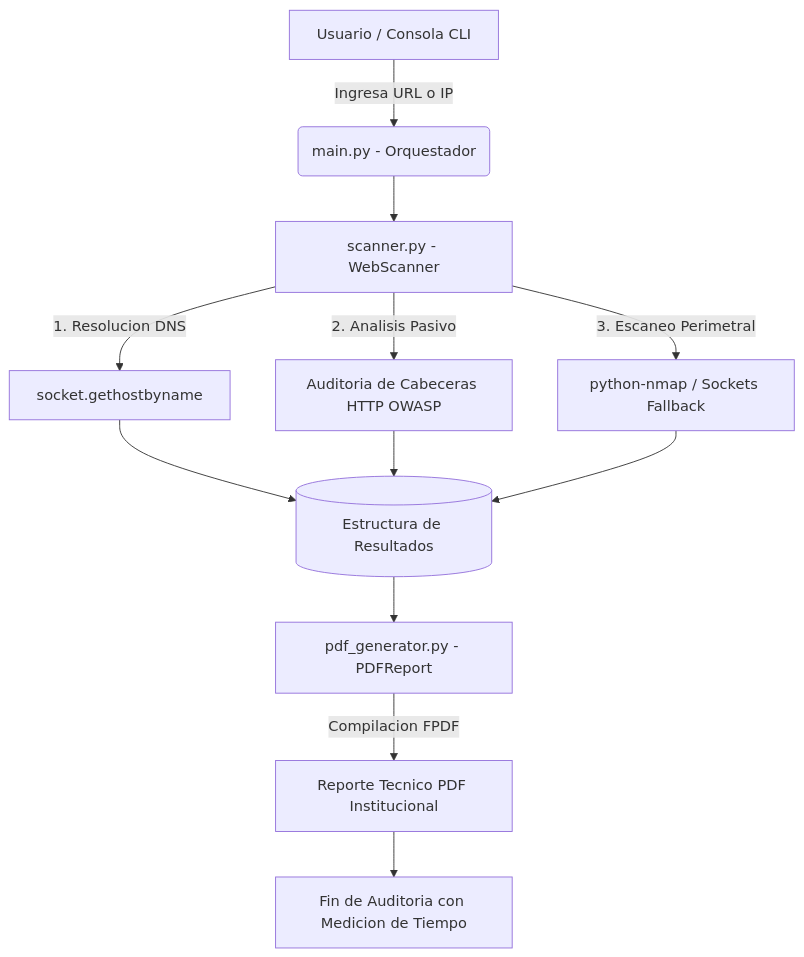
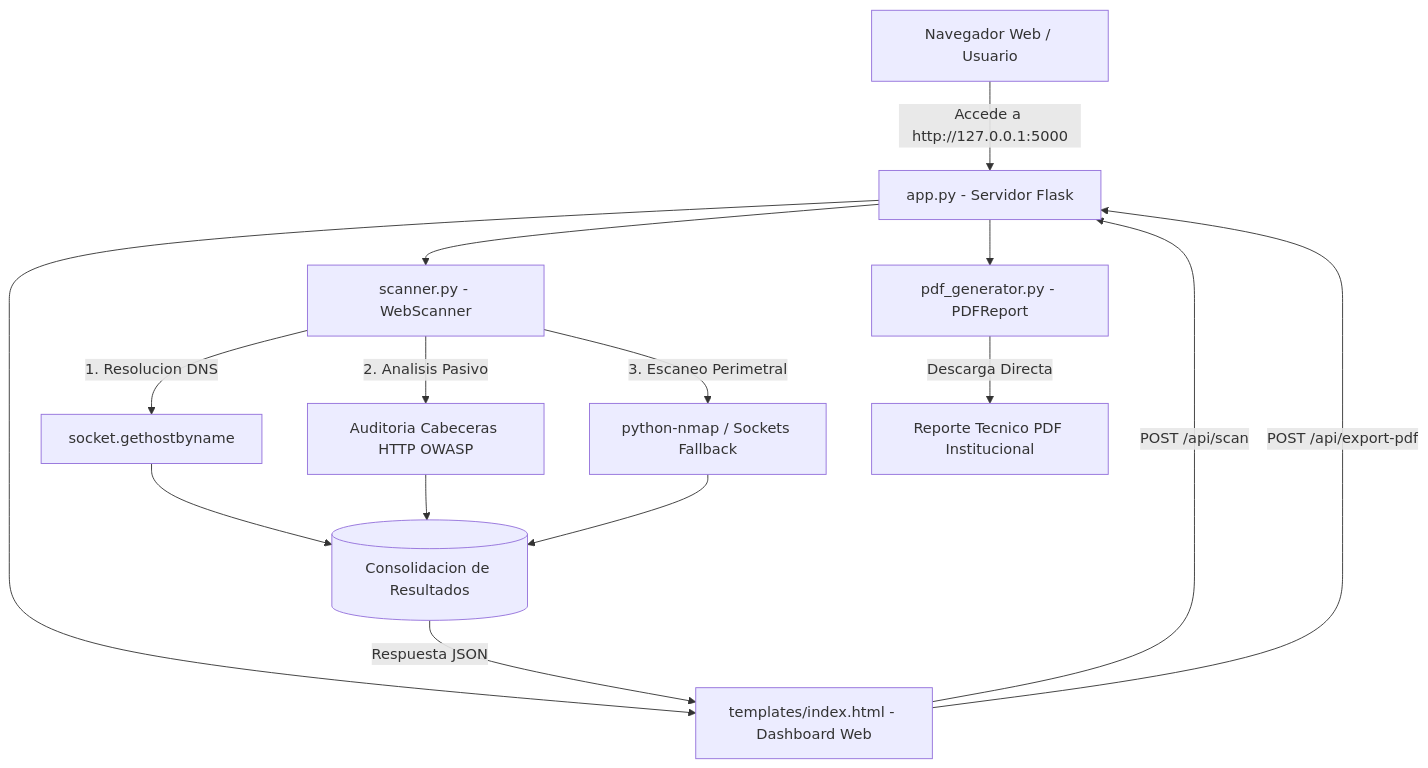
Before and after one commit to nunez-vicerra-andrea/iiap-web-security-recon: the diagram in README.md, drawn with Mermaid. The commit also changed other lines of this file and 5 other files, not shown here.

Commit message:
Feat: Dashboard Web interactivo en Flask con visualización de cabeceras, puertos Nmap y exportación a PDF

````diff
--- a/README.md
+++ b/README.md
@@ -40,14 +44,15 @@
 ```mermaid
 graph TD
-    A[Usuario / Consola CLI] -->|Ingresa URL o IP| B(main.py - Orquestador)
-    B --> C[scanner.py - WebScanner]
-    C -->|1. Resolucion DNS| D[socket.gethostbyname]
-    C -->|2. Analisis Pasivo| E[Auditoria de Cabeceras HTTP OWASP]
-    C -->|3. Escaneo Perimetral| F[python-nmap / Sockets Fallback]
-    D --> G[(Estructura de Resultados)]
-    E --> G
-    F --> G
-    G --> H[pdf_generator.py - PDFReport]
-    H -->|Compilacion FPDF| I[Reporte Tecnico PDF Institucional]
-    I --> J[Fin de Auditoria con Medicion de Tiempo]
+    A[Navegador Web / Usuario] -->|Accede a http://127.0.0.1:5000| B[app.py - Servidor Flask]
+    B --> C[templates/index.html - Dashboard Web]
+    C -->|POST /api/scan| B
+    B --> D[scanner.py - WebScanner]
+    D -->|1. Resolucion DNS| E[socket.gethostbyname]
+    D -->|2. Analisis Pasivo| F[Auditoria Cabeceras HTTP OWASP]
+    D -->|3. Escaneo Perimetral| G[python-nmap / Sockets Fallback]
+    E & F & G --> H[(Consolidacion de Resultados)]
+    H -->|Respuesta JSON| C
+    C -->|POST /api/export-pdf| B
+    B --> I[pdf_generator.py - PDFReport]
+    I -->|Descarga Directa| J[Reporte Tecnico PDF Institucional]
 ```
````
